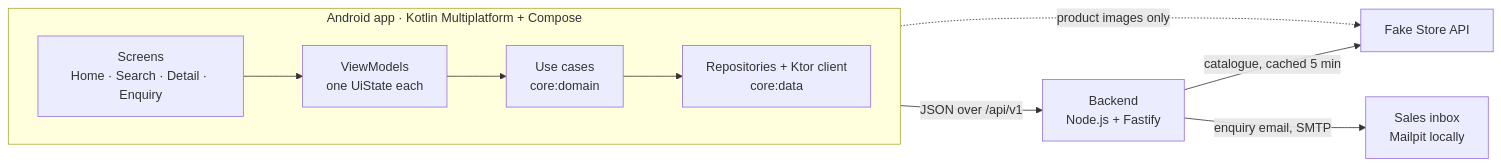
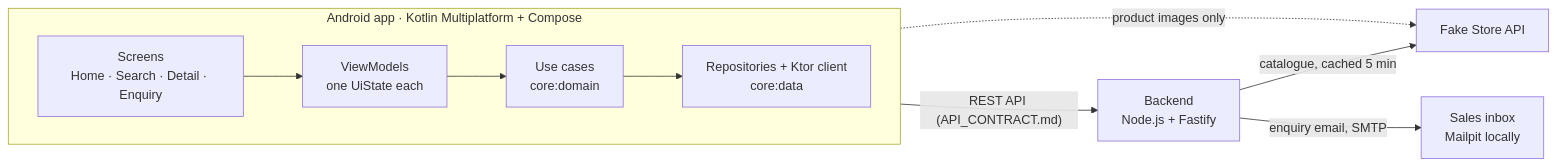
Before and after one commit to bosankus/officeworks-assignment: the diagram in README.md, drawn with Mermaid. The commit also changed other lines of this file, not shown here.

````diff
--- a/README.md
+++ b/README.md
@@ -22,13 +79,13 @@
 ```mermaid
 flowchart LR
     subgraph App["Android app · Kotlin Multiplatform + Compose"]
         direction LR
         UI["Screens<br/>Home · Search · Detail · Enquiry"] --> VM["ViewModels<br/>one UiState each"]
         VM --> UC["Use cases<br/>core:domain"]
         UC --> Repo["Repositories + Ktor client<br/>core:data"]
     end
-    Repo -- "JSON over /api/v1" --> API["Backend<br/>Node.js + Fastify"]
+    Repo -- "REST API (API_CONTRACT.md)" --> API["Backend<br/>Node.js + Fastify"]
     API -- "catalogue, cached 5 min" --> FS["Fake Store API"]
     API -- "enquiry email, SMTP" --> Mail["Sales inbox<br/>Mailpit locally"]
     UI -. "product images only" .-> FS
 ```
````
